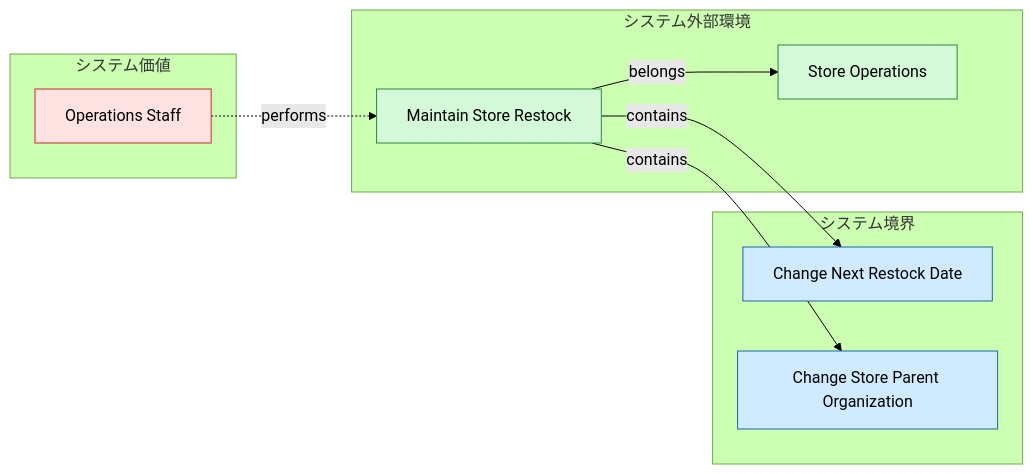
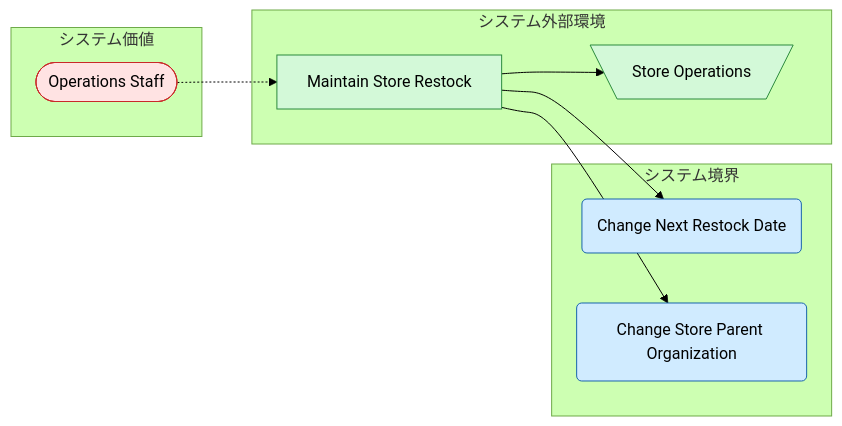
The diagram in samples/incremental-order/step-1-buc-skeleton/design.md (manji-0/rdra-ish-dsl), drawn with Mermaid (forest theme) before and after one commit. The commit also changed 95 other files, not shown here.

````diff
--- a/samples/incremental-order/step-1-buc-skeleton/design.md
+++ b/samples/incremental-order/step-1-buc-skeleton/design.md
@@ -47,28 +47,28 @@
 ```mermaid
 %% rdra-ish diagram=rdra scope=buc:BucStoreRestock model=samples/incremental-order/step-1-buc-skeleton/src
 %% layers: value=システム価値 environment=システム外部環境 boundary=システム境界
 %% kinds: actor business buc usecase
 %% omitted: (none)
 flowchart LR
   subgraph layer_value["システム価値"]
-    actor__OpsStaff["Operations Staff"]:::actor
+    actor__OpsStaff(["Operations Staff"]):::actor
   end
   subgraph layer_environment["システム外部環境"]
-    business__StoreOperations["Store Operations"]:::business
+    business__StoreOperations[\"Store Operations"/]:::business
     %% desc business__StoreOperations: Store operations owns restock planning and store master maintenance.
     buc__BucStoreRestock["Maintain Store Restock"]:::buc
     %% desc buc__BucStoreRestock: Keep restock dates and store organization assignments operationally correct.
   end
   subgraph layer_boundary["システム境界"]
-    usecase__ChangeNextRestockDate["Change Next Restock Date"]:::usecase
-    usecase__ChangeStoreParentOrganization["Change Store Parent Organization"]:::usecase
+    usecase__ChangeNextRestockDate("Change Next Restock Date"):::usecase
+    usecase__ChangeStoreParentOrganization("Change Store Parent Organization"):::usecase
   end
-  actor__OpsStaff -.->|performs| buc__BucStoreRestock
-  buc__BucStoreRestock -->|belongs| business__StoreOperations
-  buc__BucStoreRestock -->|contains| usecase__ChangeNextRestockDate
-  buc__BucStoreRestock -->|contains| usecase__ChangeStoreParentOrganization
+  actor__OpsStaff -.-> buc__BucStoreRestock
+  buc__BucStoreRestock --> business__StoreOperations
+  buc__BucStoreRestock --> usecase__ChangeNextRestockDate
+  buc__BucStoreRestock --> usecase__ChangeStoreParentOrganization
   classDef actor fill:#ffe3e3,stroke:#c92a2a,color:#000;
   classDef business fill:#d3f9d8,stroke:#2b8a3e,color:#000;
   classDef buc fill:#d3f9d8,stroke:#2b8a3e,color:#000;
   classDef usecase fill:#d0ebff,stroke:#1864ab,color:#000;
 ```
````
